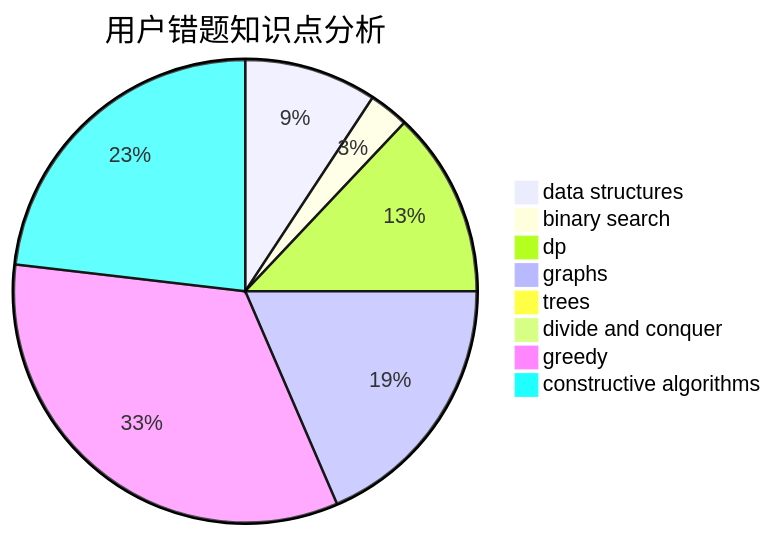
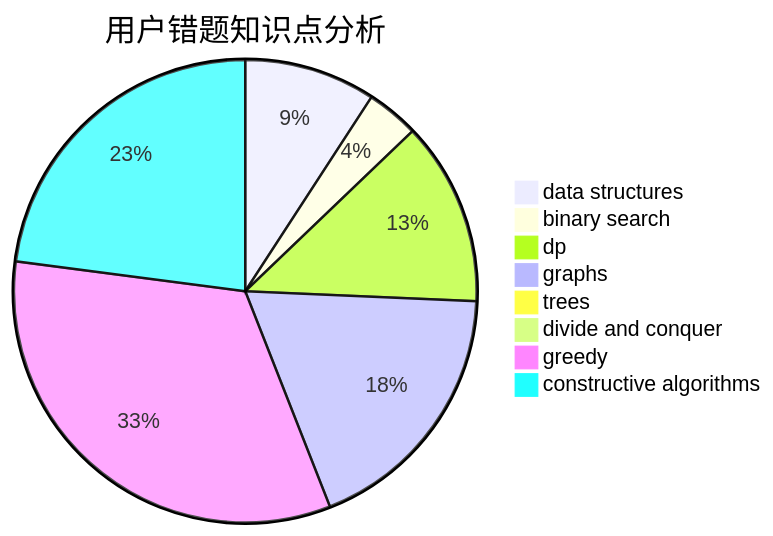
The third of 3 diagrams in docs/user/u2335.md (sherpahu/cfrs.github.io), drawn with Mermaid before and after one commit. The commit also changed other lines of this file and 2770 other files, not shown here.

````diff
--- a/docs/user/u2335.md
+++ b/docs/user/u2335.md
@@ -36,11 +36,11 @@
 ```mermaid
 pie title 用户错题知识点分析
     "data structures" :  10
-    "binary search" :  3
+    "binary search" :  4
     "dp" :  14
     "graphs" :  20
     "trees" :  0
     "divide and conquer" :  0
     "greedy" :  36
     "constructive algorithms" :  25
 ```
````
